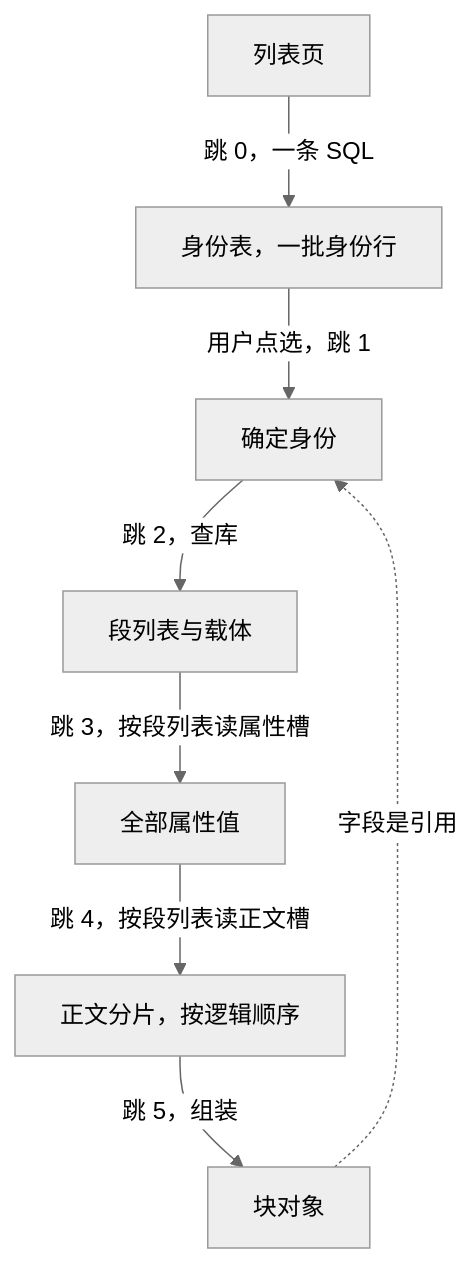
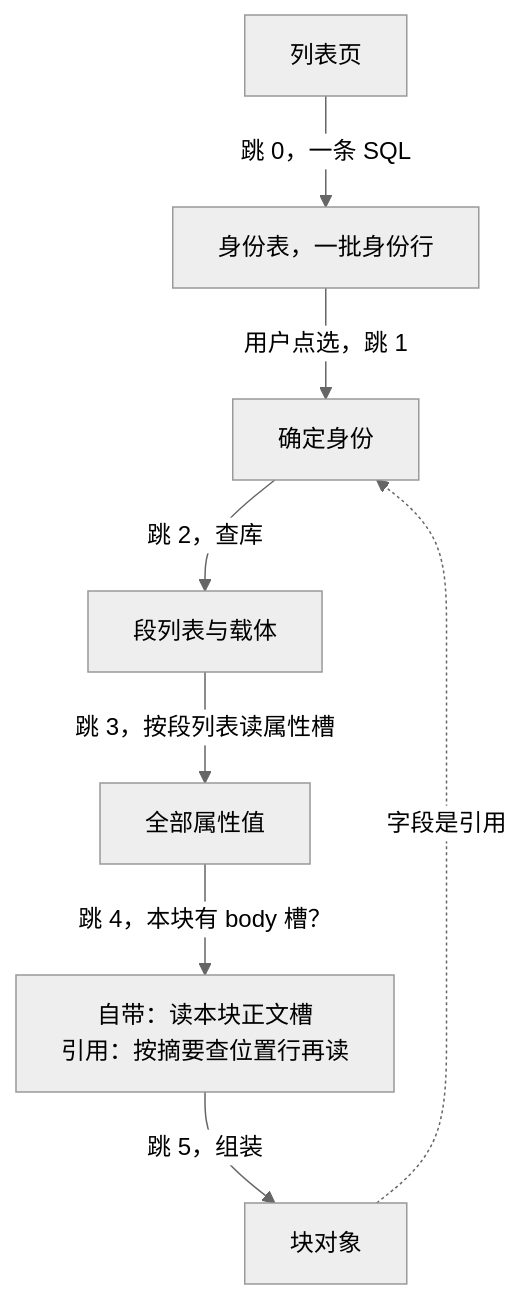
One commit to HanYang06/Cairn changed the diagram in docs/architecture/py_core/storage/query-path.md. Above: the diagram before and after it, drawn with Mermaid (neutral theme). The commit also changed other lines of this file and 7 other files, not shown here.

````diff
--- a/docs/architecture/py_core/storage/query-path.md
+++ b/docs/architecture/py_core/storage/query-path.md
@@ -24,10 +25,10 @@
 ```mermaid
 flowchart TB
   U["列表页"] -->|跳 0，一条 SQL| DB["身份表，一批身份行"]
   DB -->|用户点选，跳 1| ID["确定身份"]
   ID -->|跳 2，查库| LOC["段列表与载体"]
   LOC -->|跳 3，按段列表读属性槽| ATTR["全部属性值"]
-  ATTR -->|跳 4，按段列表读正文槽| BODY["正文分片，按逻辑顺序"]
+  ATTR -->|跳 4，本块有 body 槽？| BODY["自带：读本块正文槽<br/>引用：按摘要查位置行再读"]
   BODY -->|跳 5，组装| OBJ["块对象"]
   OBJ -.->|字段是引用| ID
 ```
````
